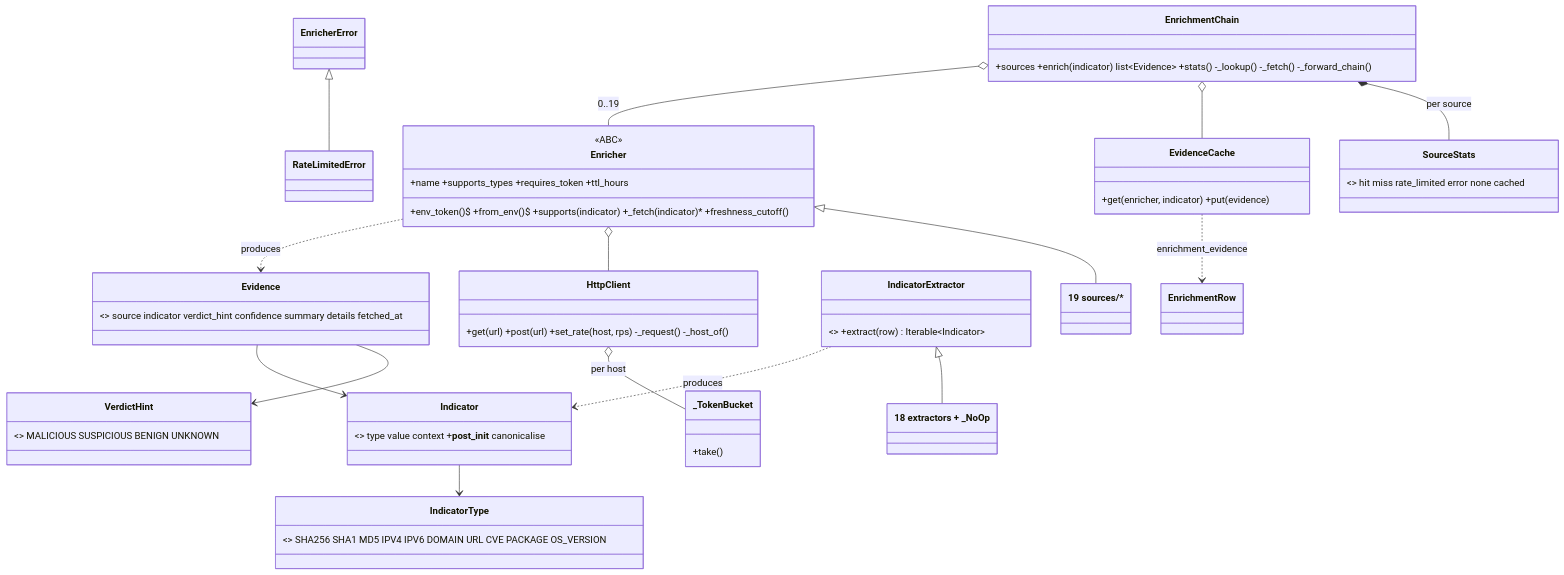
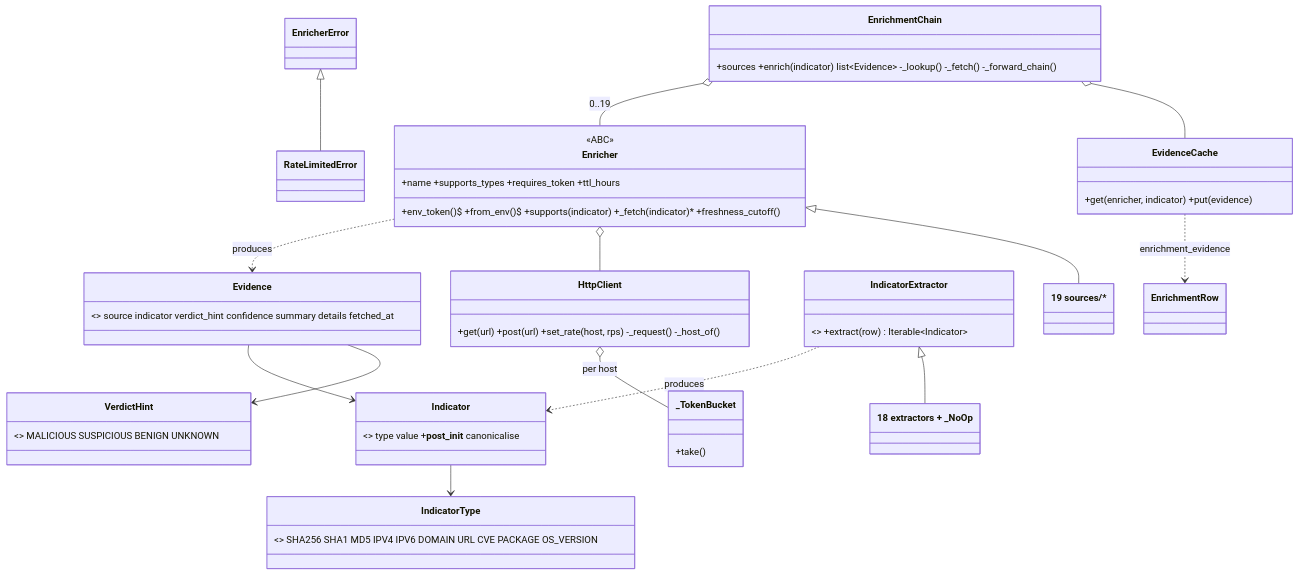
One commit to iklobato/avai changed diagram 17 of 23 in docs/ARCHITECTURE.md. Above: the diagram before and after it, drawn with Mermaid. The commit also changed other lines of this file and 1 other file, not shown here.

First line of the commit message:
docs: record the dead enrichment data removal

````diff
--- a/docs/ARCHITECTURE.md
+++ b/docs/ARCHITECTURE.md
@@ -1084,37 +1084,35 @@
 ```mermaid
 classDiagram
     class IndicatorType { <<StrEnum>> SHA256 SHA1 MD5 IPV4 IPV6 DOMAIN URL CVE PACKAGE OS_VERSION }
     class VerdictHint { <<StrEnum>> MALICIOUS SUSPICIOUS BENIGN UNKNOWN }
-    class Indicator { <<frozen>> type value context +__post_init__ canonicalise }
+    class Indicator { <<frozen>> type value +__post_init__ canonicalise }
     class Evidence { <<frozen>> source indicator verdict_hint confidence summary details fetched_at }
     class Enricher {
         <<ABC>>
         +name +supports_types +requires_token +ttl_hours
         +env_token()$ +from_env()$ +supports(indicator) +_fetch(indicator)* +freshness_cutoff()
     }
     class EnricherError
     class RateLimitedError
     EnricherError <|-- RateLimitedError
     class HttpClient { +get(url) +post(url) +set_rate(host, rps) -_request() -_host_of() }
     class _TokenBucket { +take() }
     HttpClient o-- _TokenBucket : per host
     class EvidenceCache { +get(enricher, indicator) +put(evidence) }
-    class EnrichmentChain { +sources +enrich(indicator) list~Evidence~ +stats() -_lookup() -_fetch() -_forward_chain() }
-    class SourceStats { <<dataclass>> hit miss rate_limited error none cached }
+    class EnrichmentChain { +sources +enrich(indicator) list~Evidence~ -_lookup() -_fetch() -_forward_chain() }
     class IndicatorExtractor { <<ABC>> +extract(row) Iterable~Indicator~ }
 
     Indicator --> IndicatorType
     Evidence --> Indicator
     Evidence --> VerdictHint
     Enricher ..> Evidence : produces
     Enricher o-- HttpClient
     EnrichmentChain o-- Enricher : 0..19
     EnrichmentChain o-- EvidenceCache
-    EnrichmentChain *-- SourceStats : per source
     EvidenceCache ..> EnrichmentRow : enrichment_evidence
     IndicatorExtractor ..> Indicator : produces
     class Extractors["18 extractors + _NoOp"]
     class Sources["19 sources/*"]
     IndicatorExtractor <|-- Extractors
     Enricher <|-- Sources
 ```
````
